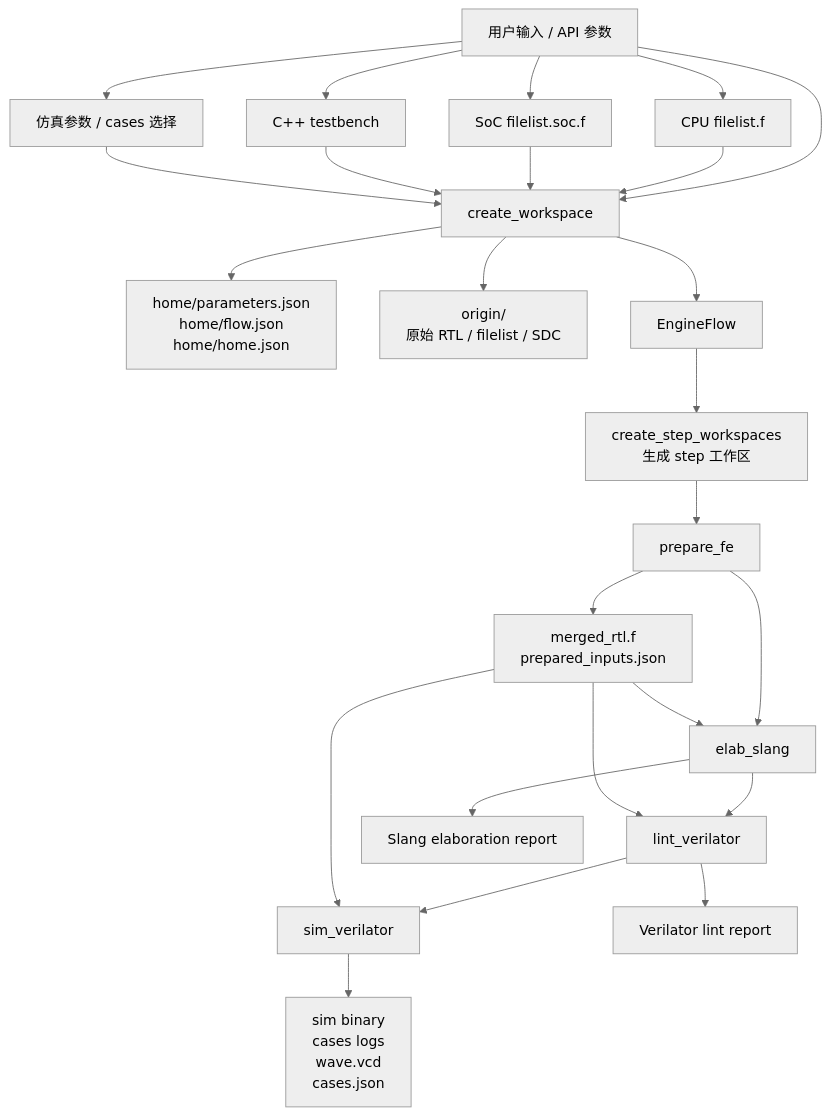
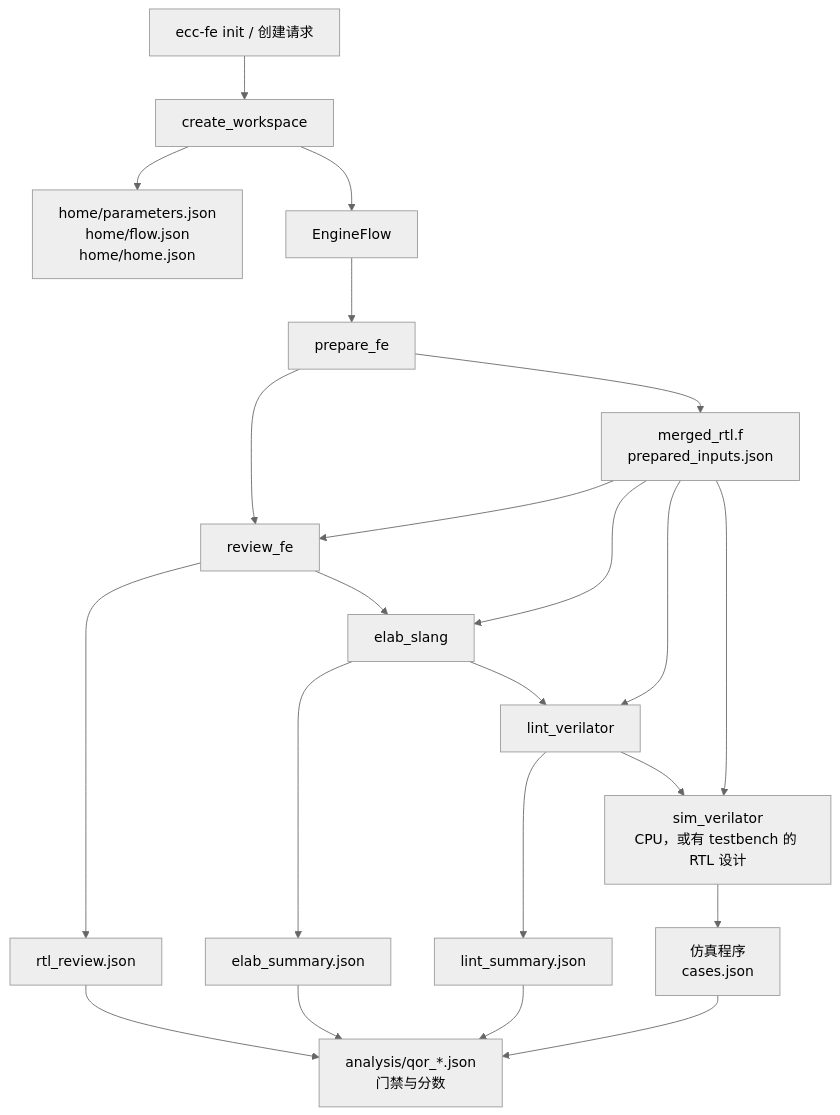
Before and after one commit to openecos-projects/ecc-fe: the first of 3 diagrams in docs/fe-flow.md, drawn with Mermaid (neutral theme). The commit also changed other lines of this file and 2 other files, not shown here.

First line of the commit message:
docs(flow): bring fe-flow.md back in line with the flow

````diff
--- a/docs/fe-flow.md
+++ b/docs/fe-flow.md
@@ -13,33 +17,28 @@
 ```mermaid
 flowchart TD
-    U[用户输入 / API 参数] --> WS[create_workspace]
-
-    U --> CPU[CPU filelist.f]
-    U --> SOC[SoC filelist.soc.f]
-    U --> TB[C++ testbench]
-    U --> SIMOPT[仿真参数 / cases 选择]
-
-    CPU --> WS
-    SOC --> WS
-    TB --> WS
-    SIMOPT --> WS
-
+    U[ecc-fe init / 创建请求] --> WS[create_workspace]
     WS --> HOME[home/parameters.json<br/>home/flow.json<br/>home/home.json]
-    WS --> ORIGIN[origin/<br/>原始 RTL / filelist / SDC]
     WS --> ENGINE[EngineFlow]
 
-    ENGINE --> STEPWS[create_step_workspaces<br/>生成 step 工作区]
-    STEPWS --> PREP[prepare_fe]
-    PREP --> ELAB[elab_slang]
+    ENGINE --> PREP[prepare_fe]
+    PREP --> REVIEW[review_fe]
+    REVIEW --> ELAB[elab_slang]
     ELAB --> LINT[lint_verilator]
-    LINT --> SIM[sim_verilator]
+    LINT --> SIM[sim_verilator<br/>CPU，或有 testbench 的 RTL 设计]
 
     PREP --> PREP_OUT[merged_rtl.f<br/>prepared_inputs.json]
+    PREP_OUT --> REVIEW
     PREP_OUT --> ELAB
     PREP_OUT --> LINT
     PREP_OUT --> SIM
 
-    ELAB --> ELAB_OUT[Slang elaboration report]
-    LINT --> LINT_OUT[Verilator lint report]
-    SIM --> SIM_OUT[sim binary<br/>cases logs<br/>wave.vcd<br/>cases.json]
+    REVIEW --> REVIEW_OUT[rtl_review.json]
+    ELAB --> ELAB_OUT[elab_summary.json]
+    LINT --> LINT_OUT[lint_summary.json]
+    SIM --> SIM_OUT[仿真程序<br/>cases.json]
+
+    REVIEW_OUT --> QOR[analysis/qor_*.json<br/>门禁与分数]
+    ELAB_OUT --> QOR
+    LINT_OUT --> QOR
+    SIM_OUT --> QOR
 ```
````
